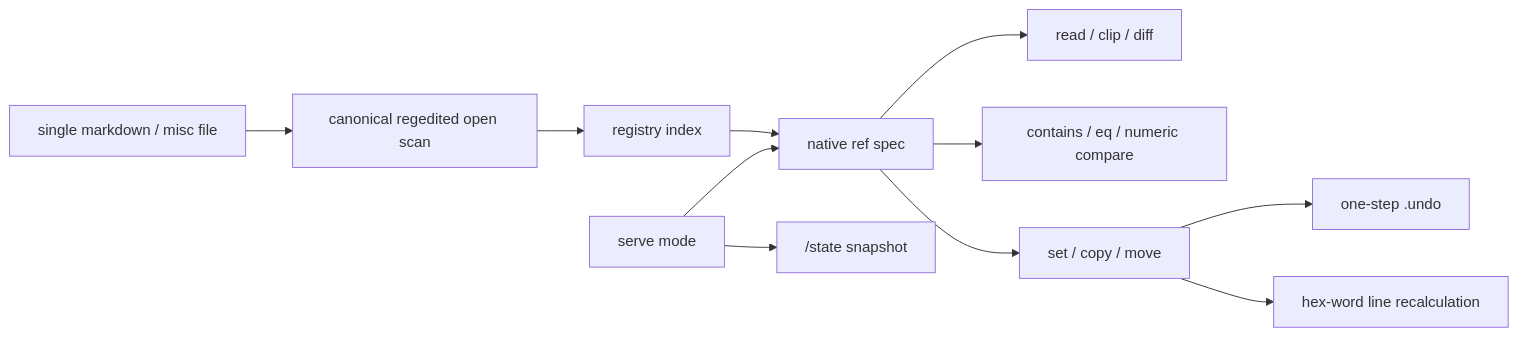
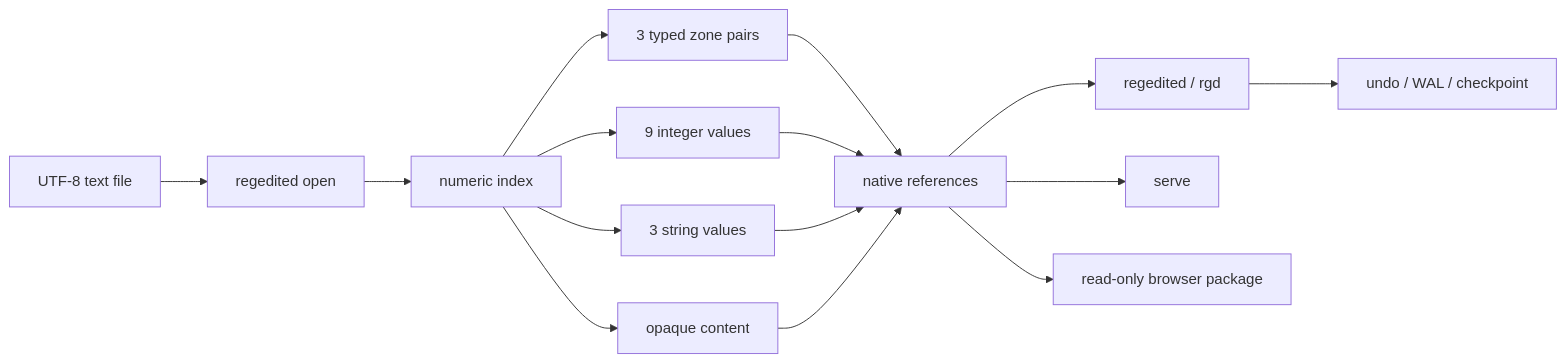
The diagram in README.md (CommanderTurtle/regedited), drawn with Mermaid before and after one commit. The commit also changed other lines of this file and 35 other files, not shown here.

````diff
--- a/README.md
+++ b/README.md
@@ -200,13 +465,19 @@
 ```mermaid
 flowchart LR
-    File["single markdown / misc file"] --> Scan["canonical regedited open scan"]
-    Scan --> Index["registry index"]
-    Index --> Ref["native ref spec"]
-    Ref --> Read["read / clip / diff"]
-    Ref --> Bool["contains / eq / numeric compare"]
-    Ref --> Write["set / copy / move"]
-    Write --> Undo["one-step .undo"]
-    Write --> Recalc["hex-word line recalculation"]
-    Serve["serve mode"] --> Ref
-    Serve --> State["/state snapshot"]
+    File["UTF-8 text file"] --> Trigger["regedited open"]
+    Trigger --> Index["numeric index"]
+    Index --> Hex["3 typed zone pairs"]
+    Index --> DB["9 integer values"]
+    Index --> Strings["3 string values"]
+    Index --> Content["opaque content"]
+
+    Hex --> Refs["native references"]
+    DB --> Refs
+    Strings --> Refs
+    Content --> Refs
+
+    Refs --> CLI["regedited / rgd"]
+    Refs --> HTTP["serve"]
+    Refs --> Wasm["read-only browser package"]
+    CLI --> Safety["undo / WAL / checkpoint"]
 ```
````
